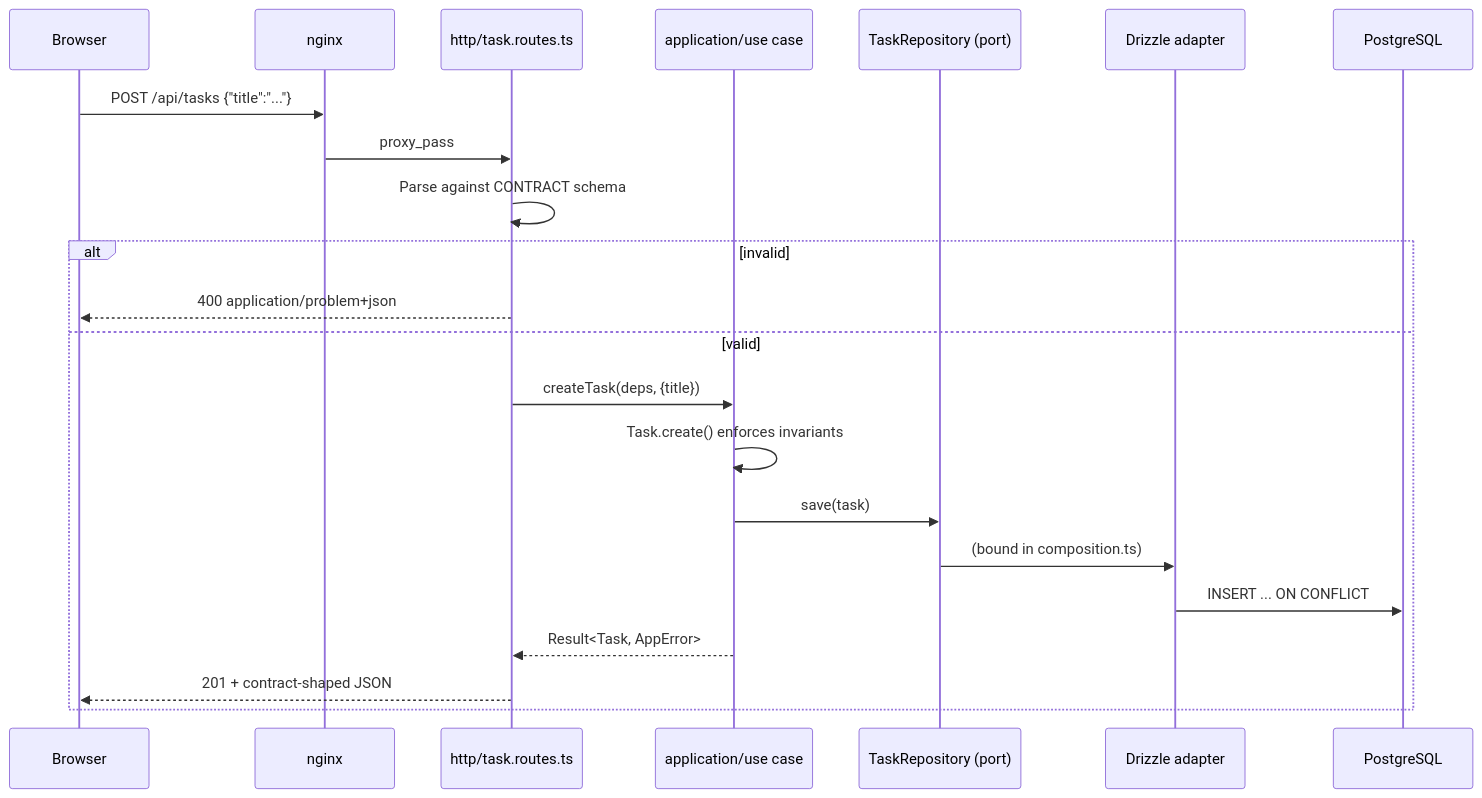
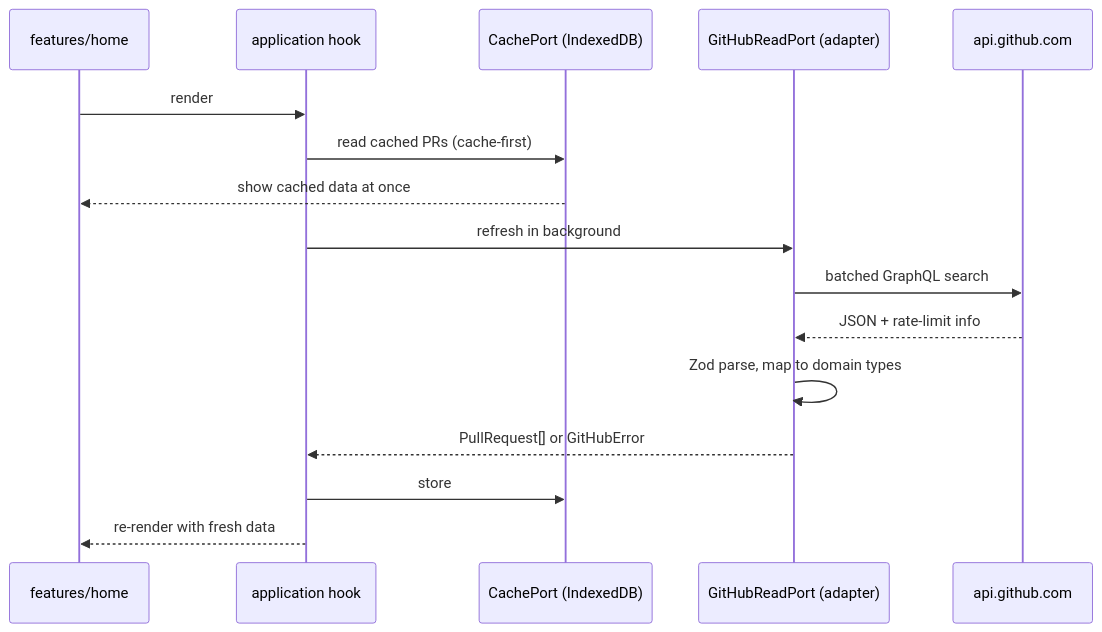
Before and after one commit to zzeebbii/github-dashboard: the third of 3 diagrams in docs/architecture/overview.md, drawn with Mermaid. The commit also changed other lines of this file and 20 other files, not shown here.

````diff
--- a/docs/architecture/overview.md
+++ b/docs/architecture/overview.md
@@ -72,25 +83,19 @@
 ```mermaid
 sequenceDiagram
-    participant B as Browser
-    participant N as nginx
-    participant R as http/task.routes.ts
-    participant U as application/use case
-    participant P as TaskRepository (port)
-    participant D as Drizzle adapter
-    participant PG as PostgreSQL
+    participant F as features/home
+    participant H as application hook
+    participant C as CachePort (IndexedDB)
+    participant G as GitHubReadPort (adapter)
+    participant GH as api.github.com
 
-    B->>N: POST /api/tasks {"title":"..."}
-    N->>R: proxy_pass
-    R->>R: Parse against CONTRACT schema
-    alt invalid
-        R-->>B: 400 application/problem+json
-    else valid
-        R->>U: createTask(deps, {title})
-        U->>U: Task.create() enforces invariants
-        U->>P: save(task)
-        P->>D: (bound in composition.ts)
-        D->>PG: INSERT ... ON CONFLICT
-        U-->>R: Result<Task, AppError>
-        R-->>B: 201 + contract-shaped JSON
-    end
+    F->>H: render
+    H->>C: read cached PRs (cache-first)
+    C-->>F: show cached data at once
+    H->>G: refresh in background
+    G->>GH: batched GraphQL search
+    GH-->>G: JSON + rate-limit info
+    G->>G: Zod parse, map to domain types
+    G-->>H: PullRequest[] or GitHubError
+    H->>C: store
+    H-->>F: re-render with fresh data
 ```
````
